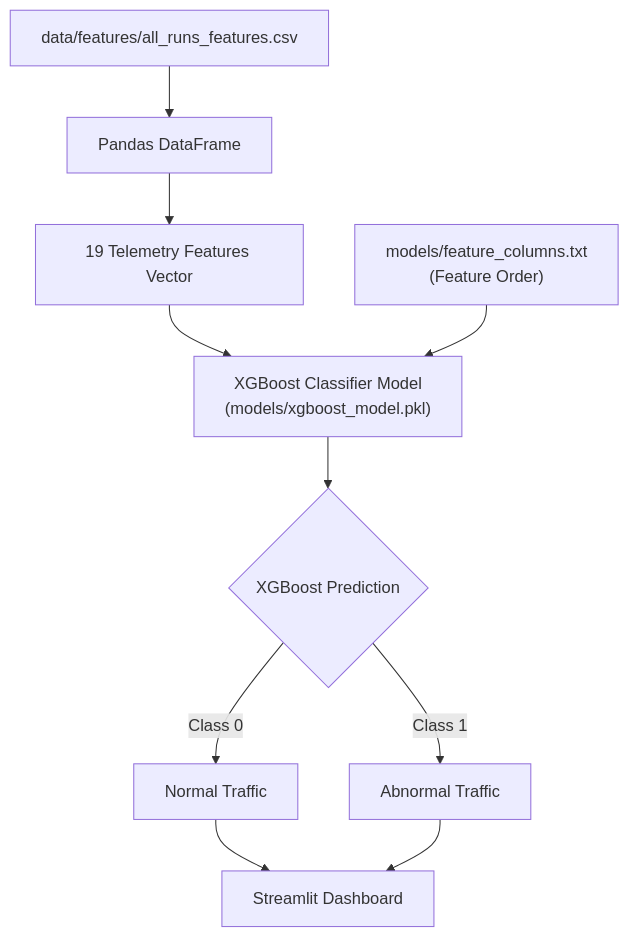
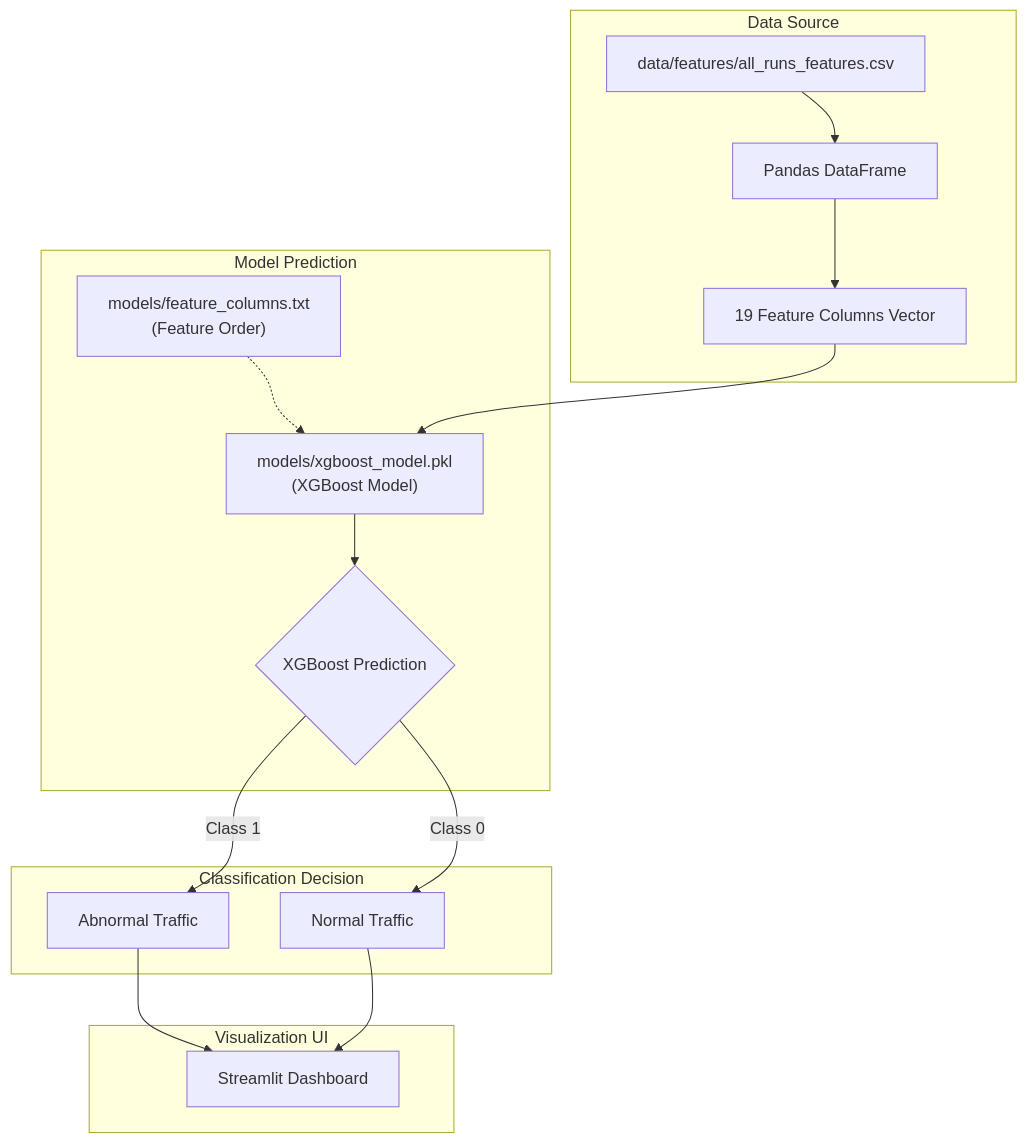
The fifth of 6 diagrams in README (1).md (Chinmayanand03/5G-Network-Anomaly-Detection-Using-XGBoost-Based-Telemetry-Analysis), drawn with Mermaid before and after one commit. The commit also changed other lines of this file and 1 other file, not shown here.

Commit message:
Fix Model Workflow diagram participant order and layout clarity

````diff
--- a/README (1).md
+++ b/README (1).md
@@ -341,15 +359,25 @@
 ```mermaid
 flowchart TD
-    A["data/features/all_runs_features.csv"] --> B["Pandas DataFrame"]
-    B --> C["19 Telemetry Features Vector"]
-    C --> D["XGBoost Classifier Model<br/>(models/xgboost_model.pkl)"]
-    E["models/feature_columns.txt<br/>(Feature Order)"] --> D
+    subgraph DataInput ["Data Source"]
+        A["data/features/all_runs_features.csv"] --> B["Pandas DataFrame"]
+        B --> C["19 Feature Columns Vector"]
+    end
 
-    D --> F{"XGBoost Prediction"}
+    subgraph ModelInference ["Model Prediction"]
+        D["models/feature_columns.txt<br/>(Feature Order)"] -.-> E
+        C --> E["models/xgboost_model.pkl<br/>(XGBoost Model)"]
+        E --> F{"XGBoost Prediction"}
+    end
 
-    F -->|Class 0| G["Normal Traffic"]
-    F -->|Class 1| H["Abnormal Traffic"]
+    subgraph ClassOutput ["Classification Decision"]
+        F -->|Class 0| G["Normal Traffic"]
+        F -->|Class 1| H["Abnormal Traffic"]
+    end
 
-    G --> I["Streamlit Dashboard"]
-    H --> I
+    subgraph DashboardView ["Visualization UI"]
+        G --> I["Streamlit Dashboard"]
+        H --> I
+    end
+
+    DataInput ~~~ ModelInference ~~~ ClassOutput ~~~ DashboardView
 ```
````
